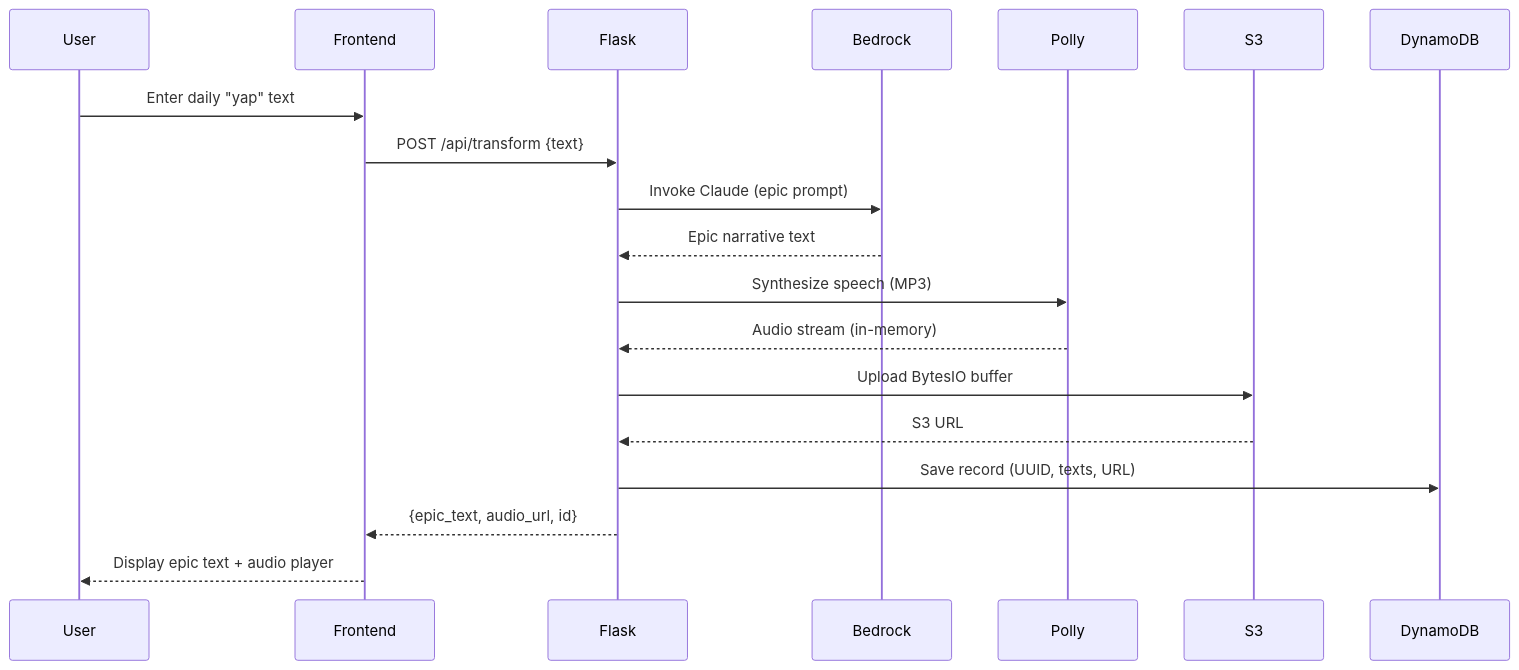
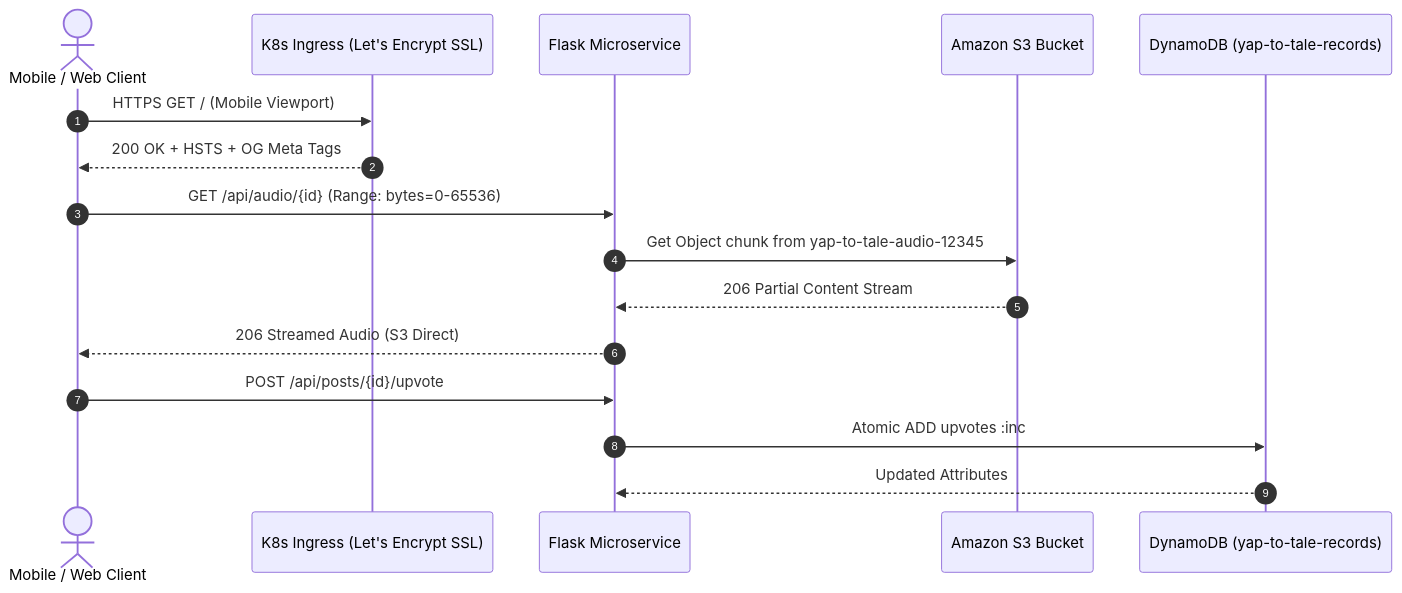
One commit to sooriya-moorthy-0107/Yap-To-Tale changed the diagram in walkthrough.md. Above: the diagram before and after it, drawn with Mermaid. The commit also changed other lines of this file and 11 other files, not shown here.

````diff
--- a/walkthrough.md
+++ b/walkthrough.md
@@ -29,22 +97,19 @@
 ```mermaid
 sequenceDiagram
-    participant User
-    participant Frontend
-    participant Flask
-    participant Bedrock
-    participant Polly
-    participant S3
-    participant DynamoDB
+    autonumber
+    actor MobileUser as Mobile / Web Client
+    participant Ingress as K8s Ingress (Let's Encrypt SSL)
+    participant Flask as Flask Microservice
+    participant S3 as Amazon S3 Bucket
+    participant DDB as DynamoDB (yap-to-tale-records)
 
-    User->>Frontend: Enter daily "yap" text
-    Frontend->>Flask: POST /api/transform {text}
-    Flask->>Bedrock: Invoke Claude (epic prompt)
-    Bedrock-->>Flask: Epic narrative text
-    Flask->>Polly: Synthesize speech (MP3)
-    Polly-->>Flask: Audio stream (in-memory)
-    Flask->>S3: Upload BytesIO buffer
-    S3-->>Flask: S3 URL
-    Flask->>DynamoDB: Save record (UUID, texts, URL)
-    Flask-->>Frontend: {epic_text, audio_url, id}
-    Frontend-->>User: Display epic text + audio player
+    MobileUser->>Ingress: HTTPS GET / (Mobile Viewport)
+    Ingress-->>MobileUser: 200 OK + HSTS + OG Meta Tags
+    MobileUser->>Flask: GET /api/audio/{id} (Range: bytes=0-65536)
+    Flask->>S3: Get Object chunk from yap-to-tale-audio-12345
+    S3-->>Flask: 206 Partial Content Stream
+    Flask-->>MobileUser: 206 Streamed Audio (S3 Direct)
+    MobileUser->>Flask: POST /api/posts/{id}/upvote
+    Flask->>DDB: Atomic ADD upvotes :inc
+    DDB-->>Flask: Updated Attributes
 ```
````
